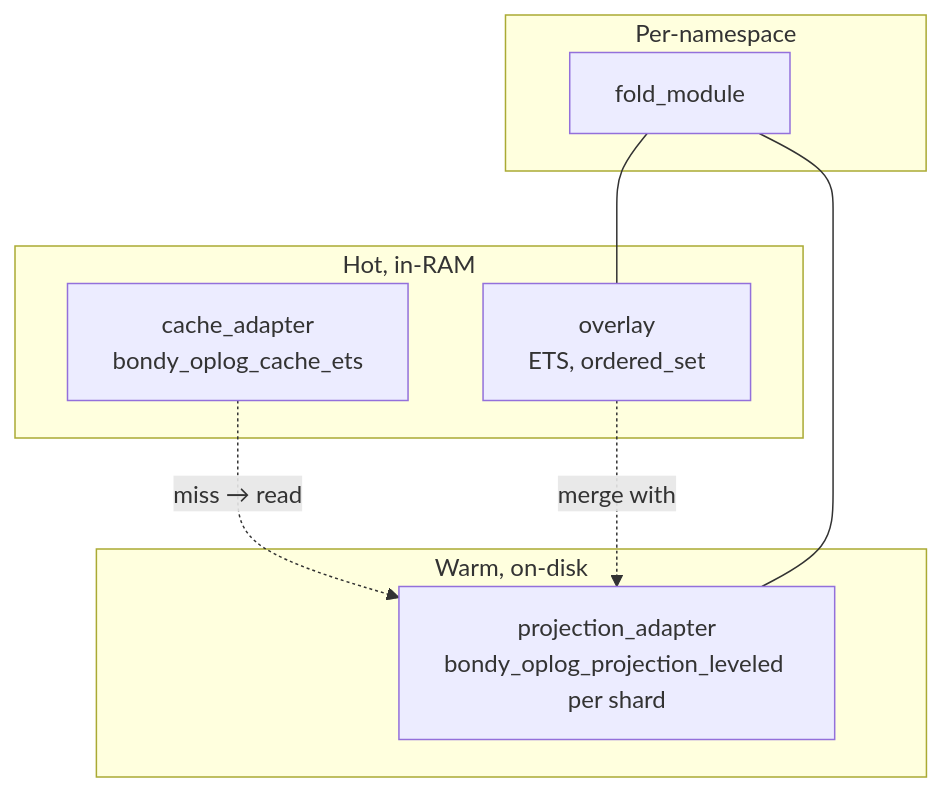
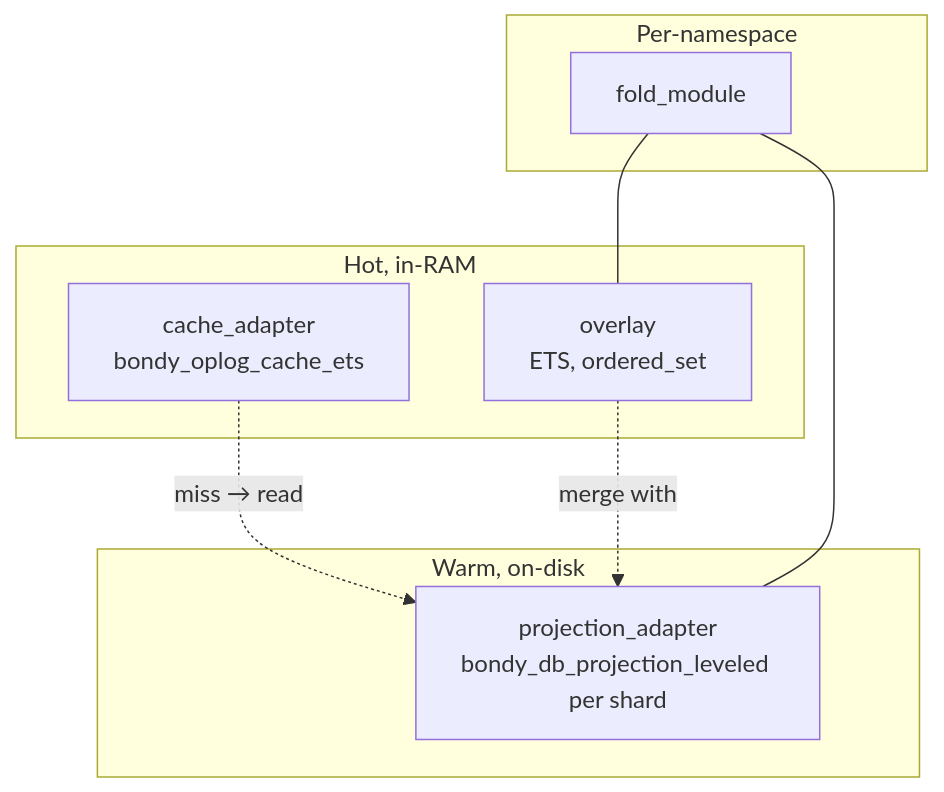
The first of 10 diagrams in doc_extras/architecture/03_bondy_db.md (bondy-io/bondy_mst), drawn with Mermaid before and after one commit. The commit also changed other lines of this file and 265 other files, not shown here.

````diff
--- a/doc_extras/architecture/03_bondy_db.md
+++ b/doc_extras/architecture/03_bondy_db.md
@@ -18,19 +18,19 @@
 ```mermaid
 flowchart TB
     subgraph HOT["Hot, in-RAM"]
         CACHE["cache_adapter<br/>bondy_oplog_cache_ets"]
         OV["overlay<br/>ETS, ordered_set"]
     end
     subgraph WARM["Warm, on-disk"]
-        PROJ["projection_adapter<br/>bondy_oplog_projection_leveled per shard"]
+        PROJ["projection_adapter<br/>bondy_db_projection_leveled per shard"]
     end
 
     CACHE -. "miss → read" .-> PROJ
     OV    -. "merge with" .-> PROJ
 
     subgraph FOLD[Per-namespace]
         F[fold_module]
     end
     F --- PROJ
     F --- OV
 ```
````
